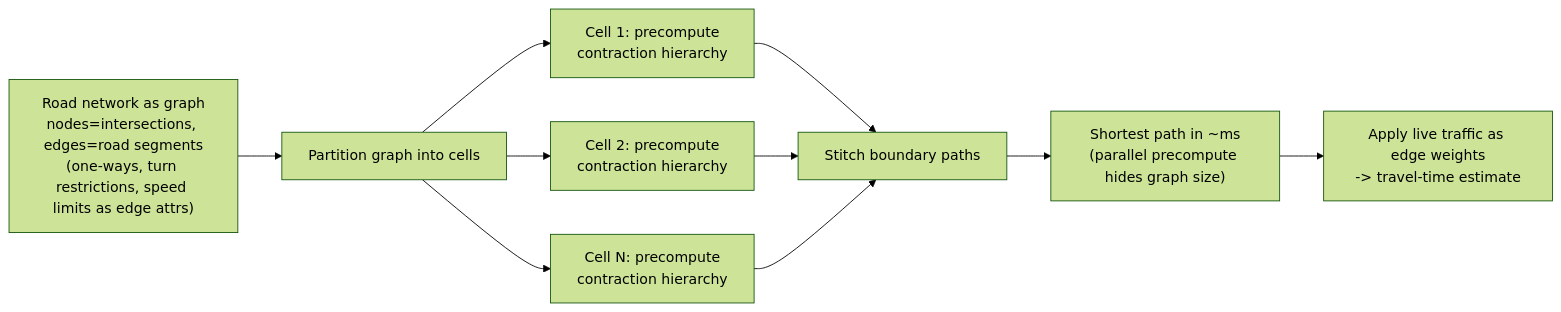
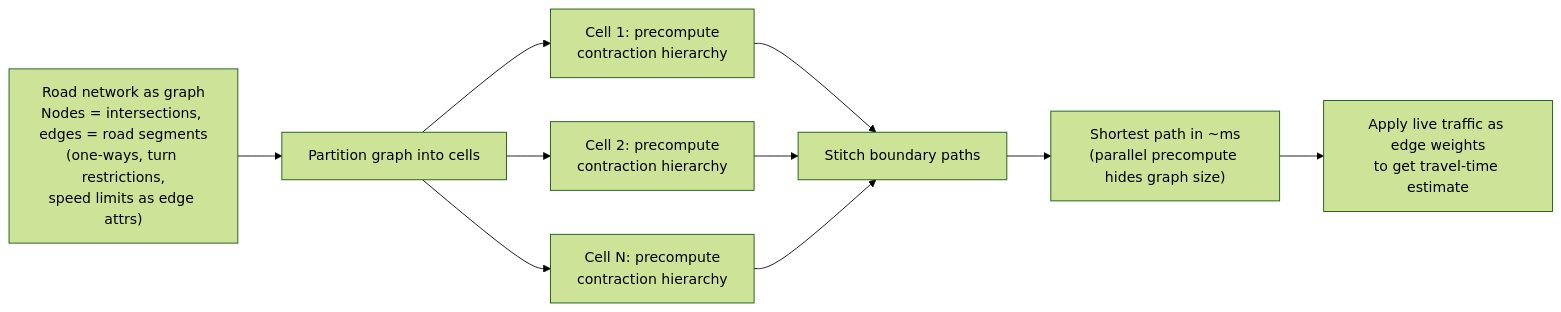
Before and after one commit to riyaz-pasha/Learnings: diagram 16 of 25 in system-design/HLD/0-course/30-Design Uber-FAANG-Guide.md, drawn with Mermaid (forest theme). The commit also changed other lines of this file and 1 other file, not shown here.

First line of the commit message:
[REWRITE] Design Uber guides: simplify prose, add structure, fix dark-theme diagrams

````diff
--- a/system-design/HLD/0-course/30-Design Uber-FAANG-Guide.md
+++ b/system-design/HLD/0-course/30-Design Uber-FAANG-Guide.md
@@ -739,10 +810,10 @@
 ```mermaid
 flowchart LR
-    A["Road network as graph<br/>nodes=intersections, edges=road segments<br/>(one-ways, turn restrictions, speed limits as edge attrs)"] --> B["Partition graph into cells"]
+    A["Road network as graph<br/>Nodes = intersections, edges = road segments<br/>(one-ways, turn restrictions,<br/>speed limits as edge attrs)"] --> B["Partition graph into cells"]
     B --> C1["Cell 1: precompute<br/>contraction hierarchy"]
     B --> C2["Cell 2: precompute<br/>contraction hierarchy"]
     B --> C3["Cell N: precompute<br/>contraction hierarchy"]
     C1 & C2 & C3 --> D["Stitch boundary paths"]
     D --> E["Shortest path in ~ms<br/>(parallel precompute hides graph size)"]
-    E --> F["Apply live traffic as edge weights<br/>-> travel-time estimate"]
+    E --> F["Apply live traffic as edge weights<br/>to get travel-time estimate"]
 ```
````
